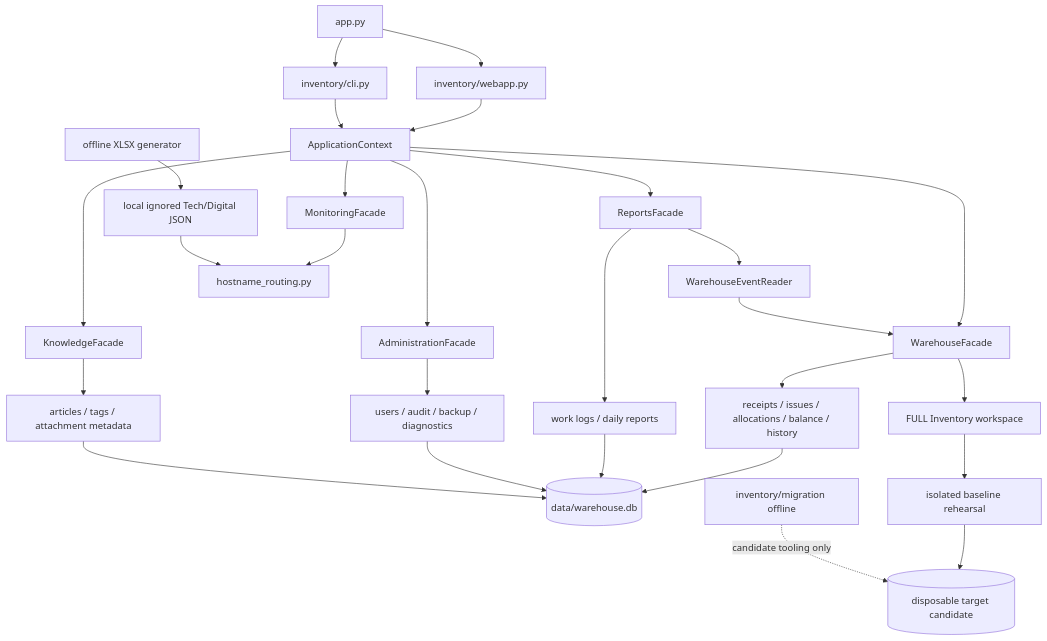
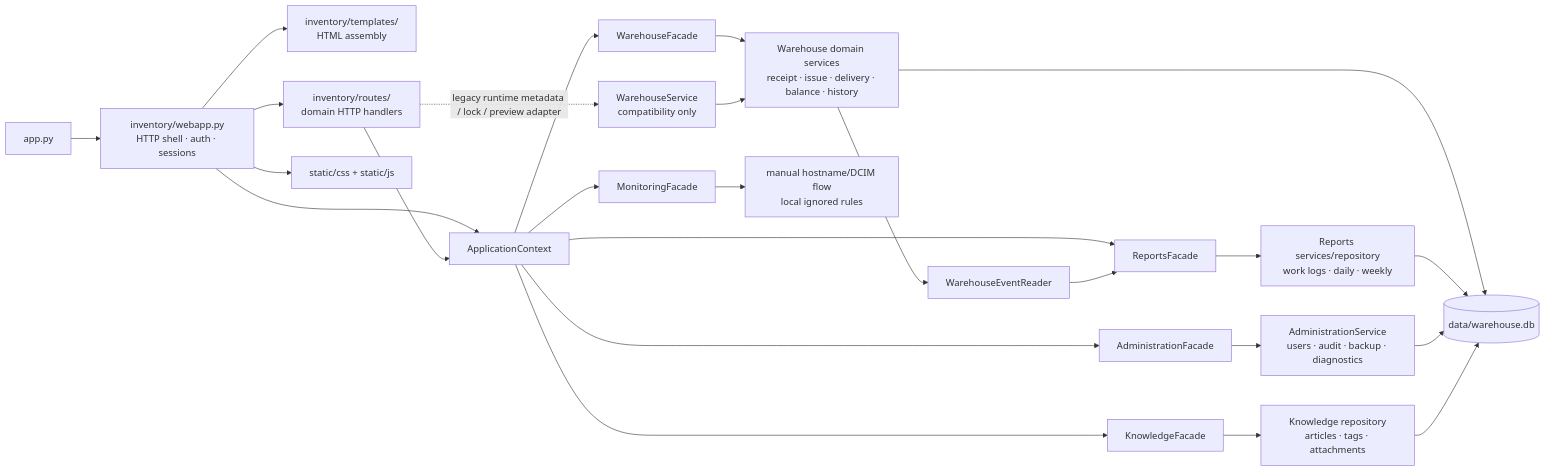
One commit to lokolis28282/prak_mai changed the first of 2 diagrams in docs/CODEBASE_GRAPH.md. Above: the diagram before and after it, drawn with Mermaid. The commit also changed other lines of this file and 18 other files, not shown here.

````diff
--- a/docs/CODEBASE_GRAPH.md
+++ b/docs/CODEBASE_GRAPH.md
@@ -13,34 +12,30 @@
 ```mermaid
-flowchart TB
-  App["app.py"] --> Web["inventory/webapp.py"]
-  App --> CLI["inventory/cli.py"]
+flowchart LR
+  App["app.py"] --> Web["inventory/webapp.py<br/>HTTP shell · auth · sessions"]
+  Web --> Templates["inventory/templates/<br/>HTML assembly"]
+  Web --> Routes["inventory/routes/<br/>domain HTTP handlers"]
+  Web --> Static["static/css + static/js"]
   Web --> Context["ApplicationContext"]
-  CLI --> Context
 
-  Context --> Warehouse["WarehouseFacade"]
-  Context --> Reports["ReportsFacade"]
-  Context --> Monitoring["MonitoringFacade"]
-  Context --> Knowledge["KnowledgeFacade"]
-  Context --> Admin["AdministrationFacade"]
+  Routes --> Context
+  Routes -. "legacy runtime metadata / lock / preview adapter" .-> Compat["WarehouseService<br/>compatibility only"]
+  Context --> W["WarehouseFacade"]
+  Context --> R["ReportsFacade"]
+  Context --> M["MonitoringFacade"]
+  Context --> K["KnowledgeFacade"]
+  Context --> A["AdministrationFacade"]
 
-  Warehouse --> Stock["receipts / issues / allocations / balance / history"]
-  Stock --> DB[("data/warehouse.db")]
-  Reports --> Events["WarehouseEventReader"]
-  Events --> Warehouse
-  Reports --> ReportTables["work logs / daily reports"]
-  ReportTables --> DB
-  Admin --> Security["users / audit / backup / diagnostics"]
-  Security --> DB
-  Knowledge --> KnowledgeTables["articles / tags / attachment metadata"]
-  KnowledgeTables --> DB
+  W --> WD["Warehouse domain services<br/>receipt · issue · delivery · balance · history"]
+  R --> RD["Reports services/repository<br/>work logs · daily · weekly"]
+  A --> AD["AdministrationService<br/>users · audit · backup · diagnostics"]
+  K --> KD["Knowledge repository<br/>articles · tags · attachments"]
+  M --> MD["manual hostname/DCIM flow<br/>local ignored rules"]
 
-  Monitoring --> Routing["hostname_routing.py"]
-  Rules["local ignored Tech/Digital JSON"] --> Routing
-  Generator["offline XLSX generator"] --> Rules
-
-  Warehouse --> FullInventory["FULL Inventory workspace"]
-  FullInventory --> Rehearsal["isolated baseline rehearsal"]
-  Rehearsal --> Candidate[("disposable target candidate")]
-
-  Migration["inventory/migration offline"] -. "candidate tooling only" .-> Candidate
+  WD --> DB[("data/warehouse.db")]
+  Compat --> WD
+  RD --> DB
+  AD --> DB
+  KD --> DB
+  WD --> Events["WarehouseEventReader"]
+  Events --> R
 ```
````
